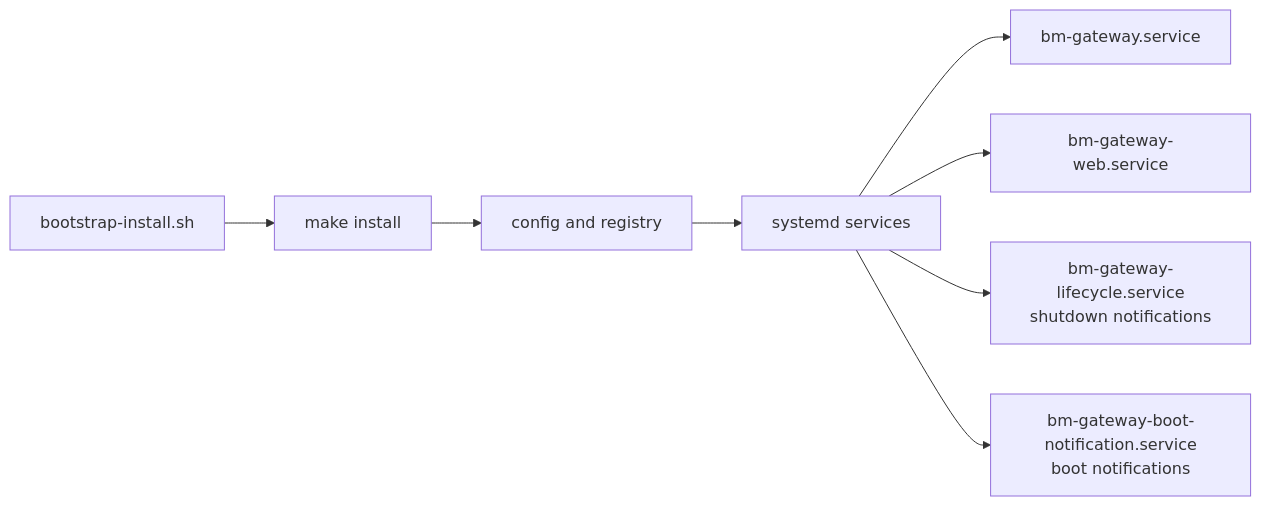
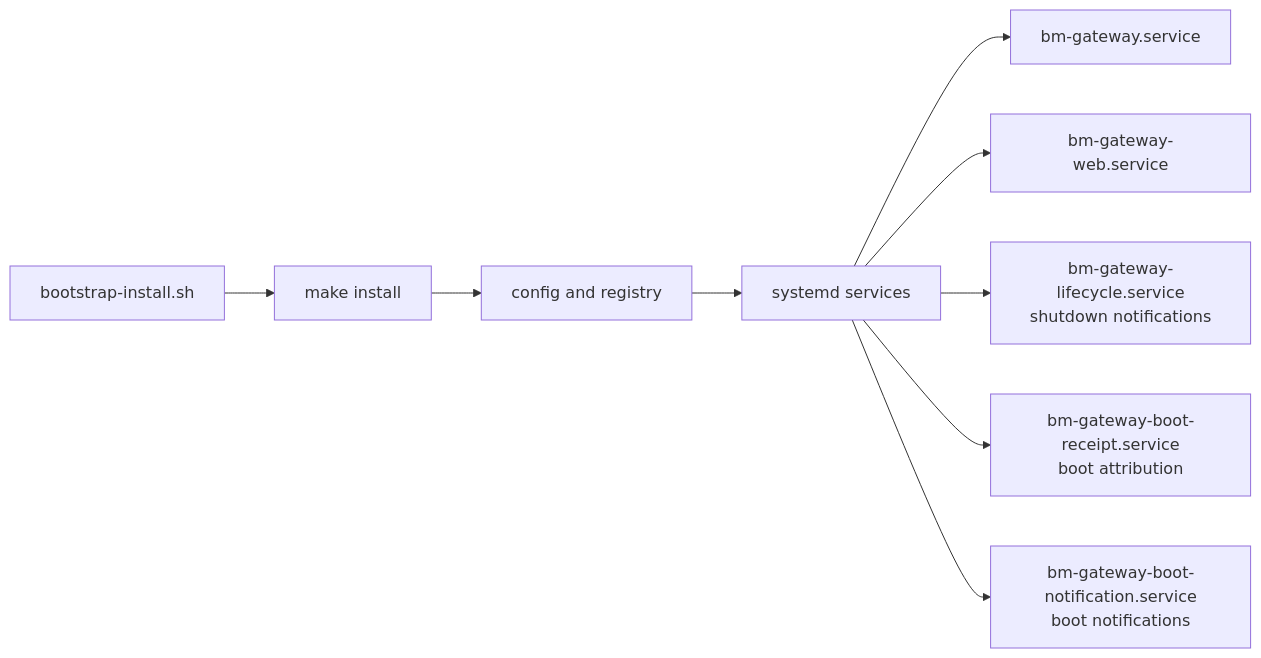
The diagram in rpi-setup/README.md (marcomc/BMGateway), drawn with Mermaid before and after one commit. The commit also changed other lines of this file and 32 other files, not shown here.

````diff
--- a/rpi-setup/README.md
+++ b/rpi-setup/README.md
@@ -73,21 +75,23 @@
 ```mermaid
 flowchart LR
     accTitle: Raspberry Pi installed artifacts
     accDescr: Shows how the bootstrap installer creates the runtime, config, and systemd service artifacts.
     Bootstrap["bootstrap-install.sh"]
     Install["make install"]
     Config["config and registry"]
     Services["systemd services"]
     Runtime["bm-gateway.service"]
     Web["bm-gateway-web.service"]
     Lifecycle["bm-gateway-lifecycle.service<br/>shutdown notifications"]
+    Receipt["bm-gateway-boot-receipt.service<br/>boot attribution"]
     Boot["bm-gateway-boot-notification.service<br/>boot notifications"]
 
     Bootstrap --> Install
     Install --> Config
     Config --> Services
     Services --> Runtime
     Services --> Web
     Services --> Lifecycle
+    Services --> Receipt
     Services --> Boot
 ```
````
